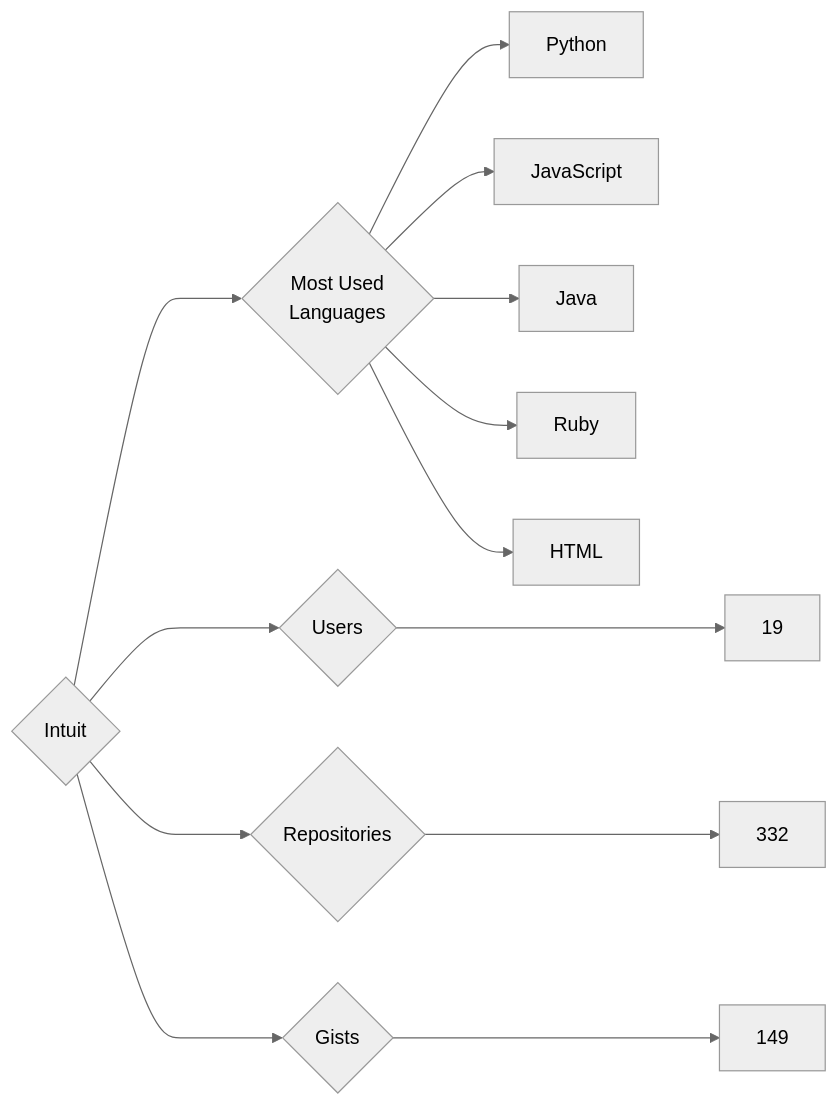
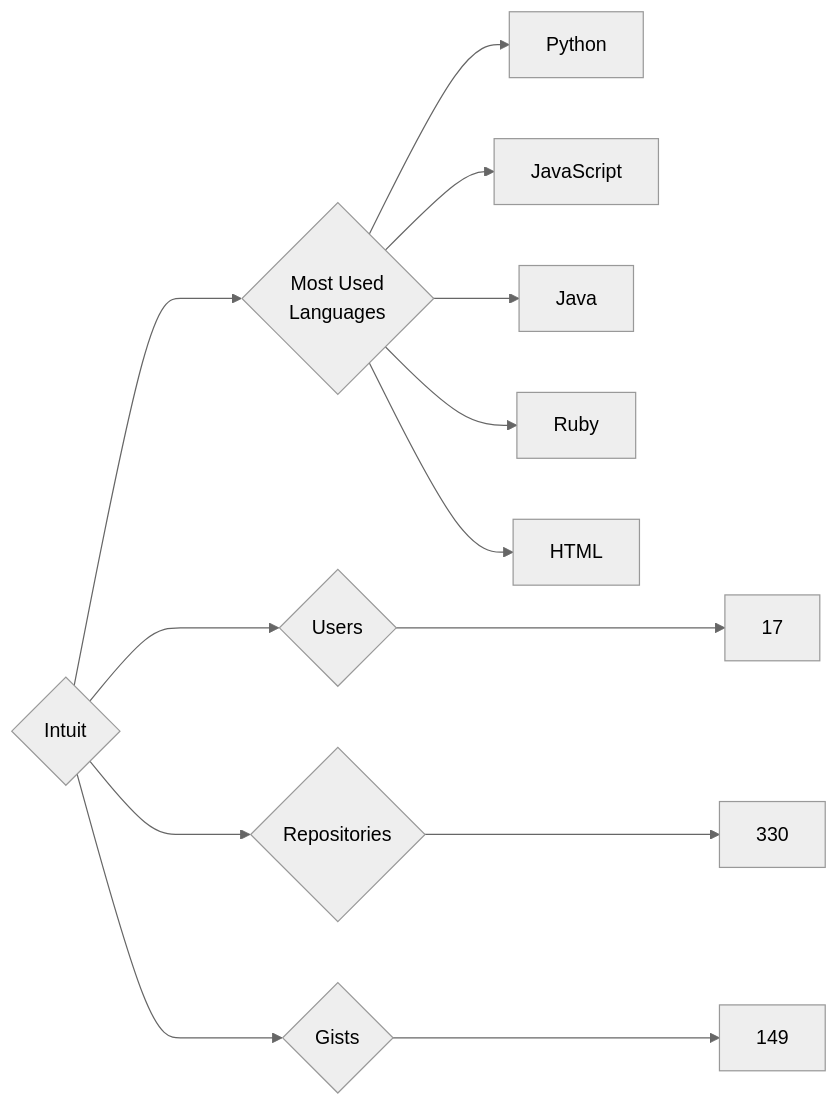
One commit to trickest/insiders changed the diagram in targets/Intuit/README.md. Above: the diagram before and after it, drawn with Mermaid (neutral theme). The commit also changed 681 other files, not shown here.

````diff
--- a/targets/Intuit/README.md
+++ b/targets/Intuit/README.md
@@ -3,13 +3,13 @@
 ```mermaid
 graph LR
 COMPANY_NAME{Intuit}
-COMPANY_NAME ---> U{Users} ---> UN[19]
-COMPANY_NAME ---> R{Repositories} ---> RN[332]
+COMPANY_NAME ---> U{Users} ---> UN[17]
+COMPANY_NAME ---> R{Repositories} ---> RN[330]
 COMPANY_NAME ---> G{Gists} ---> GN[149]
 COMPANY_NAME ---> ML{Most Used<br>Languages}
 ML --> Python[Python]
 ML --> JavaScript[JavaScript]
 ML --> Java[Java]
 ML --> Ruby[Ruby]
 ML --> HTML[HTML]
 ```
````
